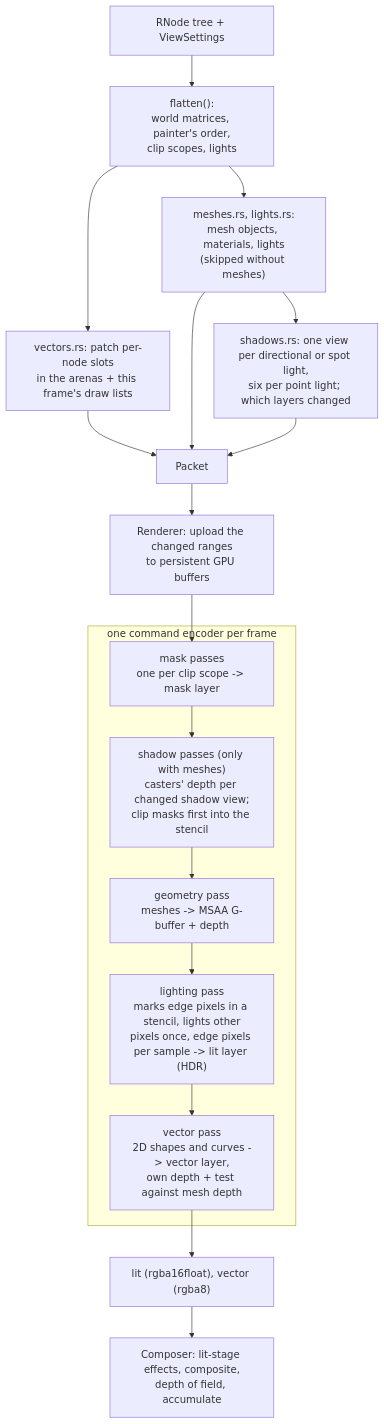
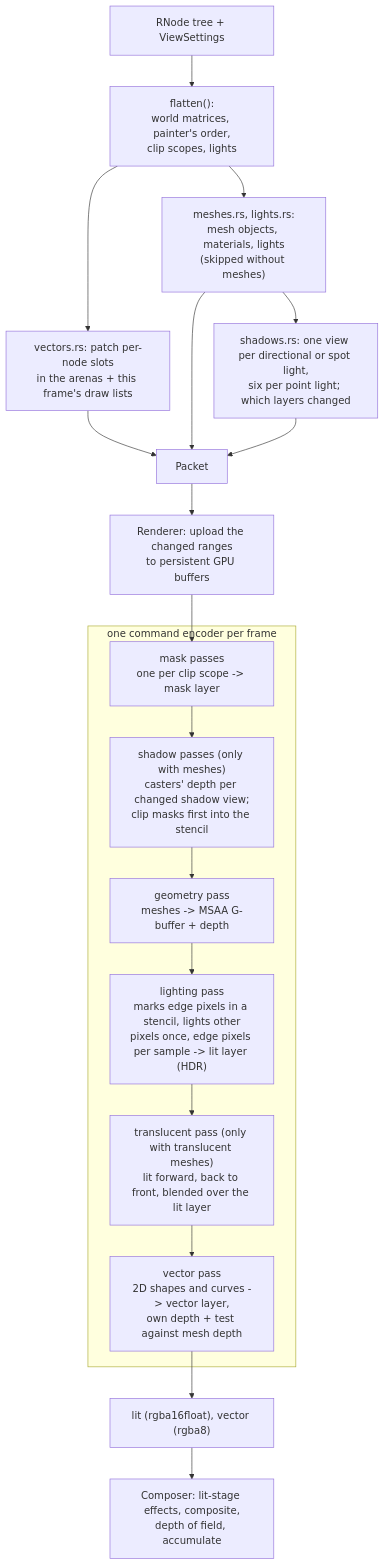
Before and after one commit to MrDiver/manim: the second of 5 diagrams in manimx/manimx/renderer/README.md, drawn with Mermaid. The commit also changed other lines of this file and 16 other files, not shown here.

First line of the commit message:
manimx: draw translucent meshes, with shadows that tint the light

````diff
--- a/manimx/manimx/renderer/README.md
+++ b/manimx/manimx/renderer/README.md
@@ -289,21 +289,22 @@
 ```mermaid
 flowchart TD
     A["RNode tree + ViewSettings"] --> B["flatten():<br/>world matrices, painter's order,<br/>clip scopes, lights"]
     B --> C["vectors.rs: patch per-node slots<br/>in the arenas + this frame's draw lists"]
     B --> D["meshes.rs, lights.rs:<br/>mesh objects, materials, lights<br/>(skipped without meshes)"]
     D --> E["shadows.rs: one view per directional or spot light,<br/>six per point light; which layers changed"]
     C & D & E --> K["Packet"]
     K --> F["Renderer: upload the changed ranges<br/>to persistent GPU buffers"]
     F --> P1
 
     subgraph GPU["one command encoder per frame"]
         P1["mask passes<br/>one per clip scope -> mask layer"] --> P2
         P2["shadow passes (only with meshes)<br/>casters' depth per changed shadow view;<br/>clip masks first into the stencil"] --> P3
         P3["geometry pass<br/>meshes -> MSAA G-buffer + depth"] --> P4
-        P4["lighting pass<br/>marks edge pixels in a stencil, lights other<br/>pixels once, edge pixels per sample -> lit layer (HDR)"] --> P5
+        P4["lighting pass<br/>marks edge pixels in a stencil, lights other<br/>pixels once, edge pixels per sample -> lit layer (HDR)"] --> P4b
+        P4b["translucent pass (only with translucent meshes)<br/>lit forward, back to front, blended over the lit layer"] --> P5
         P5["vector pass<br/>2D shapes and curves -> vector layer,<br/>own depth + test against mesh depth"]
     end
 
     P5 --> L["lit (rgba16float), vector (rgba8)"]
     L --> Comp["Composer: lit-stage effects, composite,<br/>depth of field, accumulate"]
 ```
````
